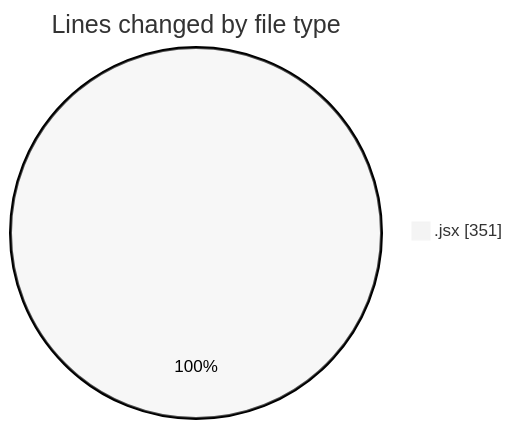
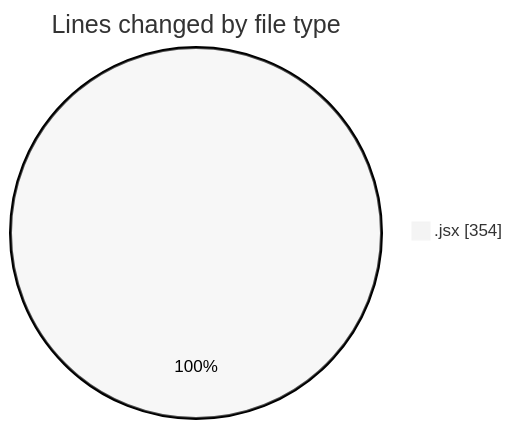
Before and after one commit to nxtqubesakshisongat/code-tracking: the first of 2 diagrams in 2025-11-30/nxtqube_webapp/README.md, drawn with Mermaid (neutral theme). The commit also changed other lines of this file and 1 other file, not shown here.

````diff
--- a/2025-11-30/nxtqube_webapp/README.md
+++ b/2025-11-30/nxtqube_webapp/README.md
@@ -20,5 +20,5 @@
 ```mermaid
 pie showData
 title Lines changed by file type
-".jsx" : 351
+".jsx" : 354
 ```
````
